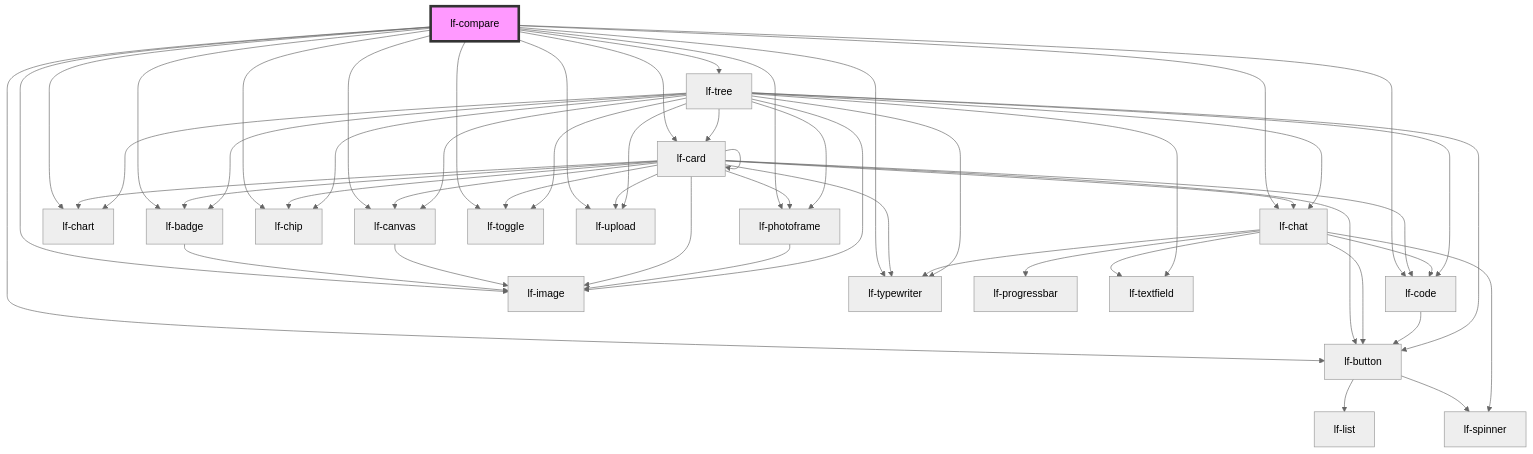
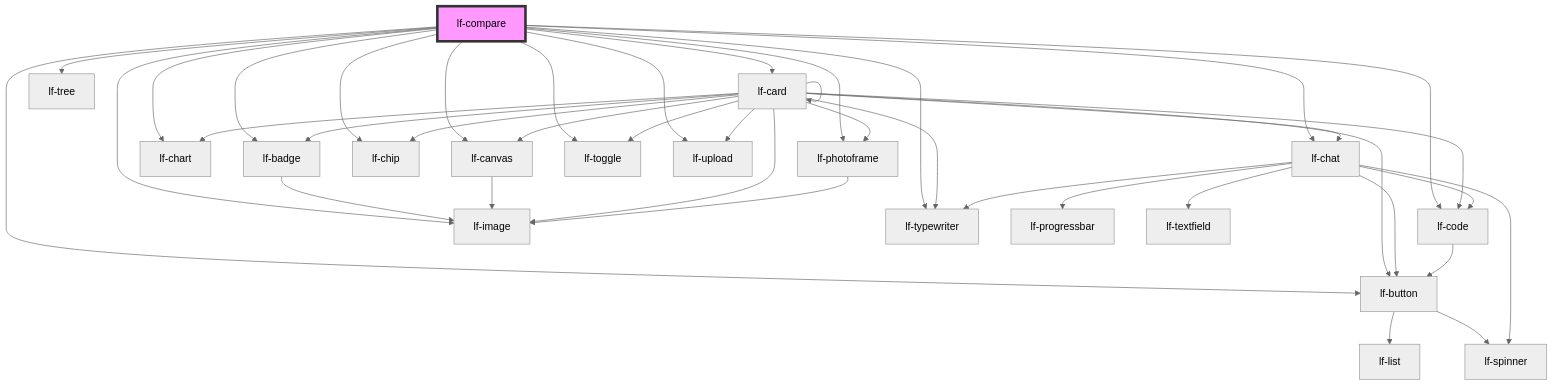
Before and after one commit to lucafoscili/lf-widgets: the diagram in packages/core/src/components/lf-compare/readme.md, drawn with Mermaid (neutral theme). The commit also changed 16 other files, not shown here.

````diff
--- a/packages/core/src/components/lf-compare/readme.md
+++ b/packages/core/src/components/lf-compare/readme.md
@@ -120,57 +120,43 @@
 ```mermaid
 graph TD;
   lf-compare --> lf-badge
   lf-compare --> lf-button
   lf-compare --> lf-canvas
   lf-compare --> lf-card
   lf-compare --> lf-chart
   lf-compare --> lf-chat
   lf-compare --> lf-chip
   lf-compare --> lf-code
   lf-compare --> lf-image
   lf-compare --> lf-photoframe
   lf-compare --> lf-toggle
   lf-compare --> lf-typewriter
   lf-compare --> lf-upload
   lf-compare --> lf-tree
   lf-badge --> lf-image
   lf-button --> lf-list
   lf-button --> lf-spinner
   lf-canvas --> lf-image
   lf-card --> lf-badge
   lf-card --> lf-button
   lf-card --> lf-canvas
   lf-card --> lf-card
   lf-card --> lf-chart
   lf-card --> lf-chat
   lf-card --> lf-chip
   lf-card --> lf-code
   lf-card --> lf-image
   lf-card --> lf-photoframe
   lf-card --> lf-toggle
   lf-card --> lf-typewriter
   lf-card --> lf-upload
   lf-chat --> lf-spinner
   lf-chat --> lf-code
   lf-chat --> lf-button
   lf-chat --> lf-typewriter
   lf-chat --> lf-progressbar
   lf-chat --> lf-textfield
   lf-code --> lf-button
   lf-photoframe --> lf-image
-  lf-tree --> lf-textfield
-  lf-tree --> lf-badge
-  lf-tree --> lf-button
-  lf-tree --> lf-canvas
-  lf-tree --> lf-card
-  lf-tree --> lf-chart
-  lf-tree --> lf-chat
-  lf-tree --> lf-chip
-  lf-tree --> lf-code
-  lf-tree --> lf-image
-  lf-tree --> lf-photoframe
-  lf-tree --> lf-toggle
-  lf-tree --> lf-typewriter
-  lf-tree --> lf-upload
   style lf-compare fill:#f9f,stroke:#333,stroke-width:4px
 ```
````
